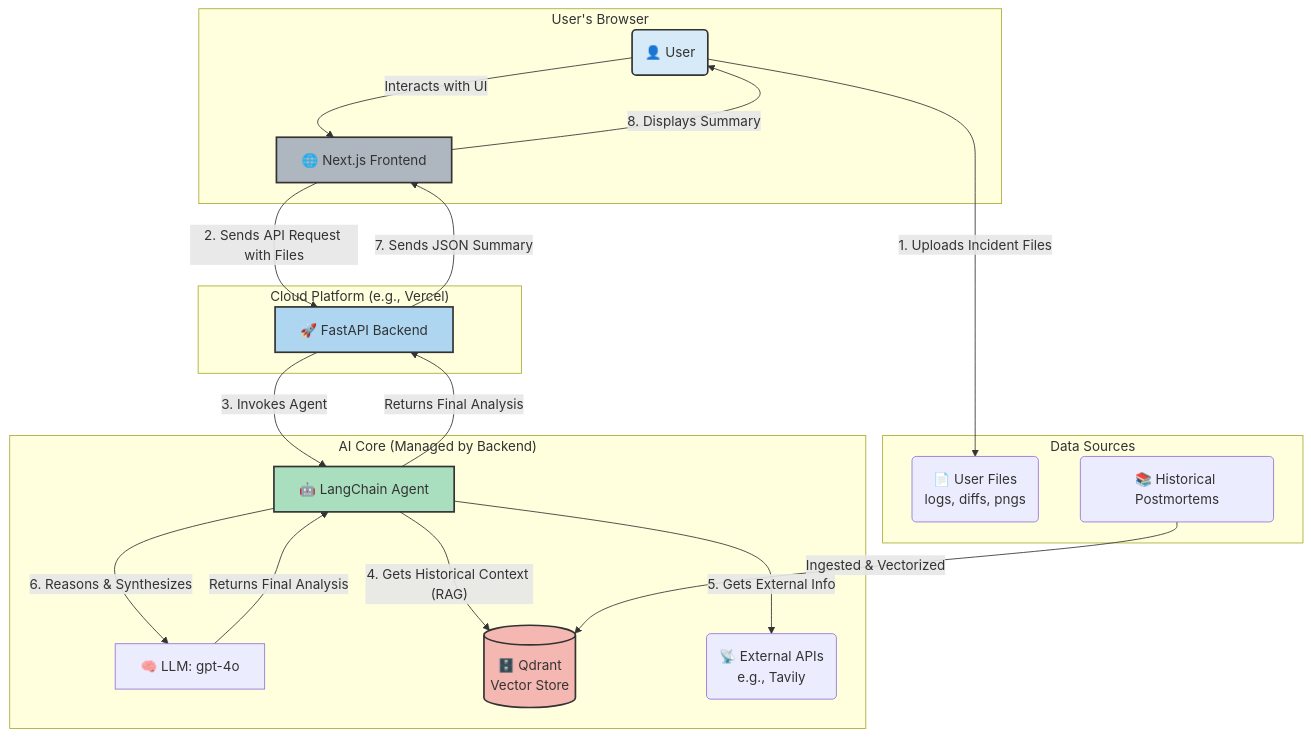
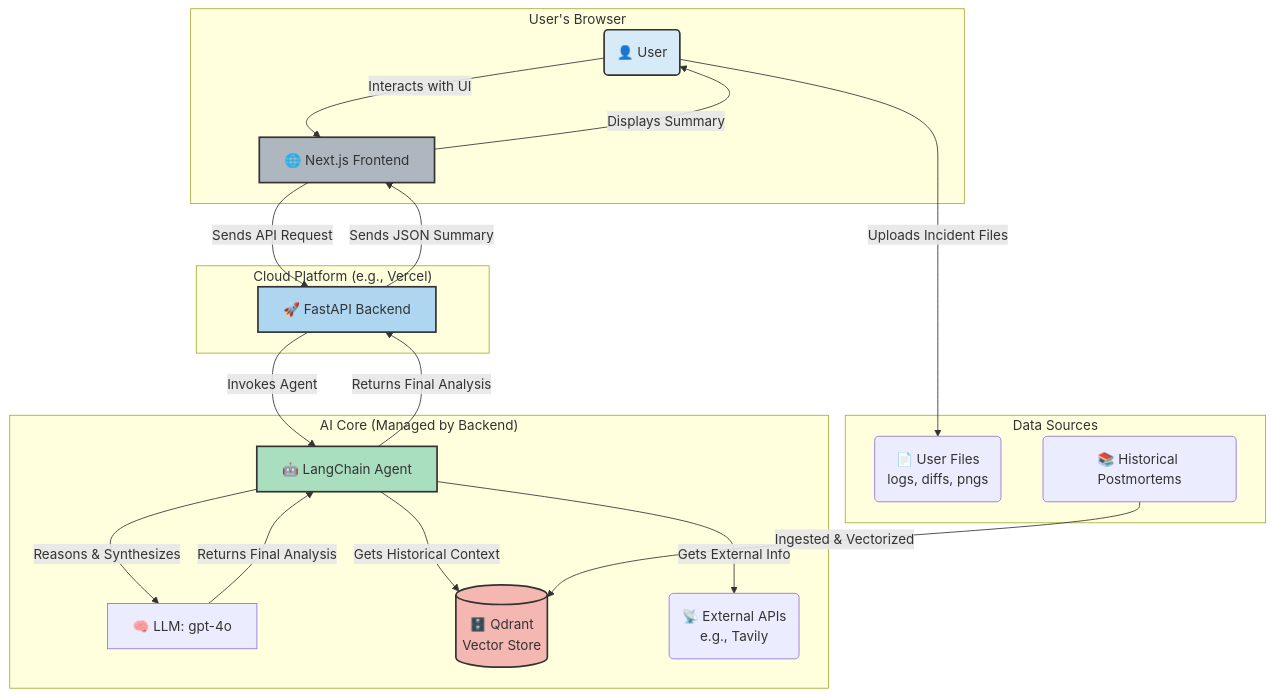
The diagram in Certification-Challenge-Oncall-Lens.md (surbhimotghare/oncall-lens), drawn with Mermaid before and after one commit.

Commit message:
Fix the mermaid-diagram syntax

````diff
--- a/Certification-Challenge-Oncall-Lens.md
+++ b/Certification-Challenge-Oncall-Lens.md
@@ -153,48 +153,48 @@
 ```mermaid
 graph TD
     subgraph "User's Browser"
         User(👤 User)
         Frontend[🌐 Next.js Frontend]
     end
 
     subgraph "Cloud Platform (e.g., Vercel)"
         Backend[🚀 FastAPI Backend]
     end
 
     subgraph "AI Core (Managed by Backend)"
         Agent[🤖 LangChain Agent]
         LLM[🧠 LLM: gpt-4o]
         VDB[(🗄️ Qdrant<br>Vector Store)]
         APIs(📡 External APIs<br>e.g., Tavily)
     end
 
     subgraph "Data Sources"
         Uploads(📄 User Files<br>logs, diffs, pngs)
         KnowledgeBase(📚 Historical Postmortems)
     end
 
     %% --- Flows ---
-    User -- "Interacts with UI" --> Frontend
-    User -- "1. Uploads Incident Files" --> Uploads
-    Frontend -- "2. Sends API Request with Files" --> Backend
+    User -->|Interacts with UI| Frontend
+    User -->|Uploads Incident Files| Uploads
+    Frontend -->|Sends API Request| Backend
 
-    Backend -- "3. Invokes Agent" --> Agent
-    Agent -- "4. Gets Historical Context (RAG)" --> VDB
-    Agent -- "5. Gets External Info" --> APIs
-    Agent -- "6. Reasons & Synthesizes" --> LLM
+    Backend -->|Invokes Agent| Agent
+    Agent -->|Gets Historical Context| VDB
+    Agent -->|Gets External Info| APIs
+    Agent -->|Reasons & Synthesizes| LLM
 
-    LLM -- "Returns Final Analysis" --> Agent
-    Agent -- "Returns Final Analysis" --> Backend
-    Backend -- "7. Sends JSON Summary" --> Frontend
-    Frontend -- "8. Displays Summary" --> User
+    LLM -->|Returns Final Analysis| Agent
+    Agent -->|Returns Final Analysis| Backend
+    Backend -->|Sends JSON Summary| Frontend
+    Frontend -->|Displays Summary| User
 
     %% --- Data Ingestion (Offline Process) ---
-    KnowledgeBase -- "Ingested & Vectorized" --> VDB
+    KnowledgeBase -->|Ingested & Vectorized| VDB
 
     %% --- Styling ---
     style User fill:#D6EAF8,stroke:#333,stroke-width:2px
     style Frontend fill:#AEB6BF,stroke:#333,stroke-width:2px
     style Backend fill:#AED6F1,stroke:#333,stroke-width:2px
     style Agent fill:#A9DFBF,stroke:#333,stroke-width:2px
     style VDB fill:#F5B7B1,stroke:#333,stroke-width:2px
 ```
````
